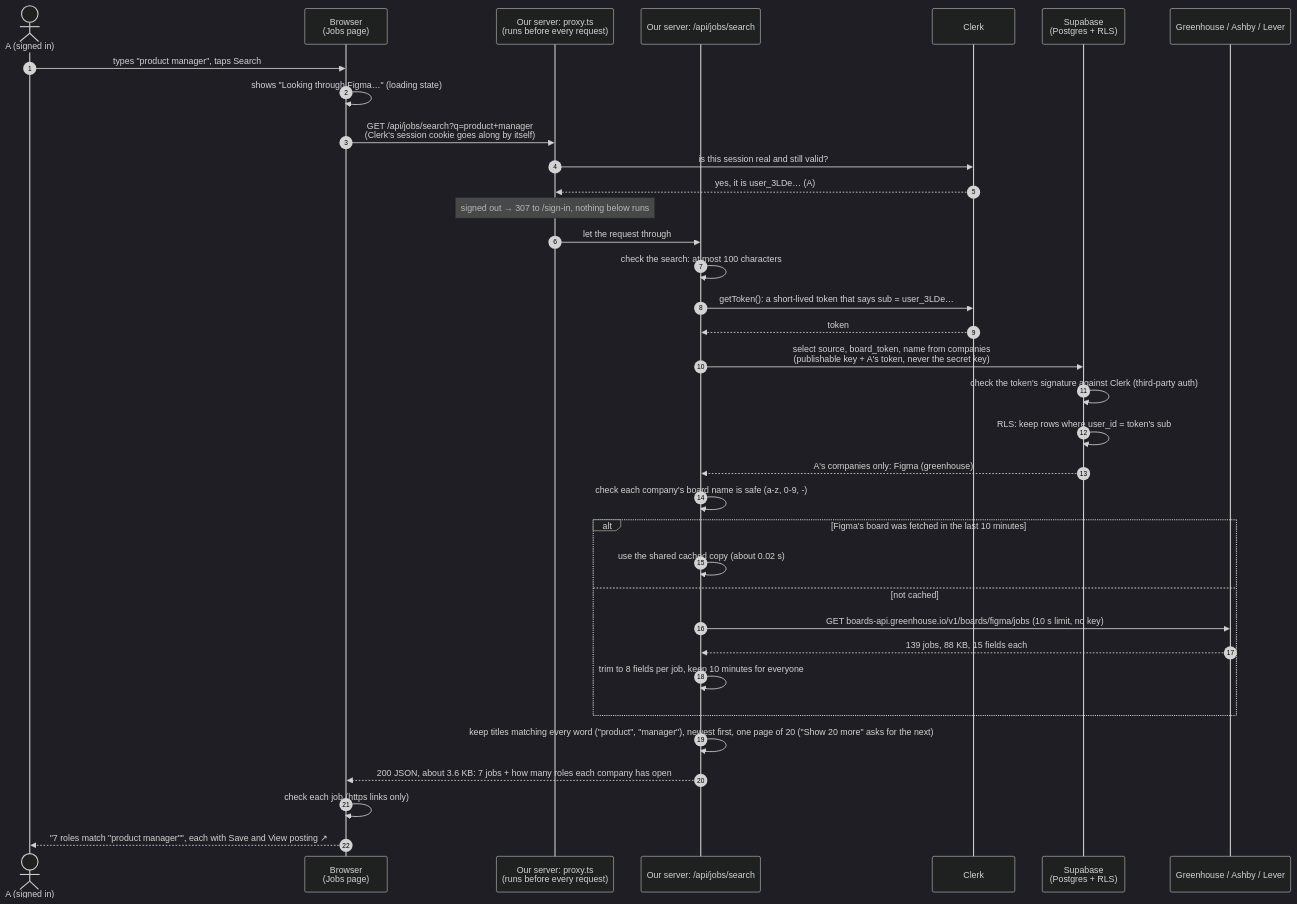
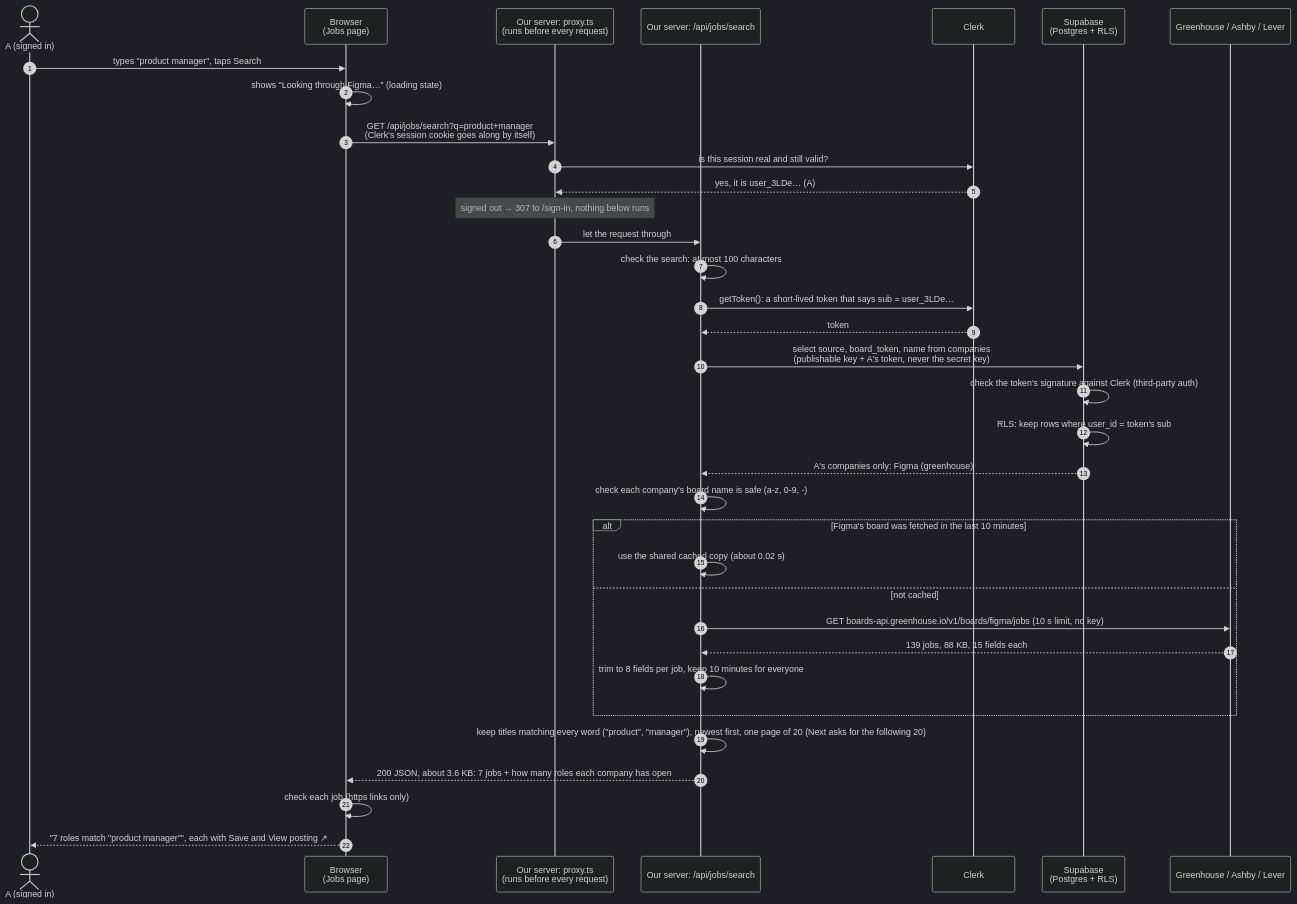
The first of 2 diagrams in docs/request-flow.md (jessieyiqichen/dbs-a4), drawn with Mermaid (dark theme) before and after one commit. The commit also changed 7 other files, not shown here.

Commit message:
fix: job results page with Previous and Next, and + Add company moves up beside Search | Saved

````diff
--- a/docs/request-flow.md
+++ b/docs/request-flow.md
@@ -9,38 +9,38 @@
 ```mermaid
 sequenceDiagram
     autonumber
     actor A as A (signed in)
     participant B as Browser<br/>(Jobs page)
     participant P as Our server: proxy.ts<br/>(runs before every request)
     participant R as Our server: /api/jobs/search
     participant C as Clerk
     participant S as Supabase<br/>(Postgres + RLS)
     participant J as Greenhouse / Ashby / Lever
 
     A->>B: types "product manager", taps Search
     B->>B: shows "Looking through Figma…" (loading state)
     B->>P: GET /api/jobs/search?q=product+manager<br/>(Clerk's session cookie goes along by itself)
     P->>C: is this session real and still valid?
     C-->>P: yes, it is user_3LDe… (A)
     Note over P: signed out → 307 to /sign-in, nothing below runs
     P->>R: let the request through
     R->>R: check the search: at most 100 characters
     R->>C: getToken(): a short-lived token that says sub = user_3LDe…
     C-->>R: token
     R->>S: select source, board_token, name from companies<br/>(publishable key + A's token, never the secret key)
     S->>S: check the token's signature against Clerk (third-party auth)
     S->>S: RLS: keep rows where user_id = token's sub
     S-->>R: A's companies only: Figma (greenhouse)
     R->>R: check each company's board name is safe (a-z, 0-9, -)
     alt Figma's board was fetched in the last 10 minutes
         R->>R: use the shared cached copy (about 0.02 s)
     else not cached
         R->>J: GET boards-api.greenhouse.io/v1/boards/figma/jobs (10 s limit, no key)
         J-->>R: 139 jobs, 88 KB, 15 fields each
         R->>R: trim to 8 fields per job, keep 10 minutes for everyone
     end
-    R->>R: keep titles matching every word ("product", "manager"), newest first, one page of 20 ("Show 20 more" asks for the next)
+    R->>R: keep titles matching every word ("product", "manager"), newest first, one page of 20 (Next asks for the following 20)
     R-->>B: 200 JSON, about 3.6 KB: 7 jobs + how many roles each company has open
     B->>B: check each job (https links only)
     B-->>A: "7 roles match "product manager"", each with Save and View posting ↗
 ```
````
